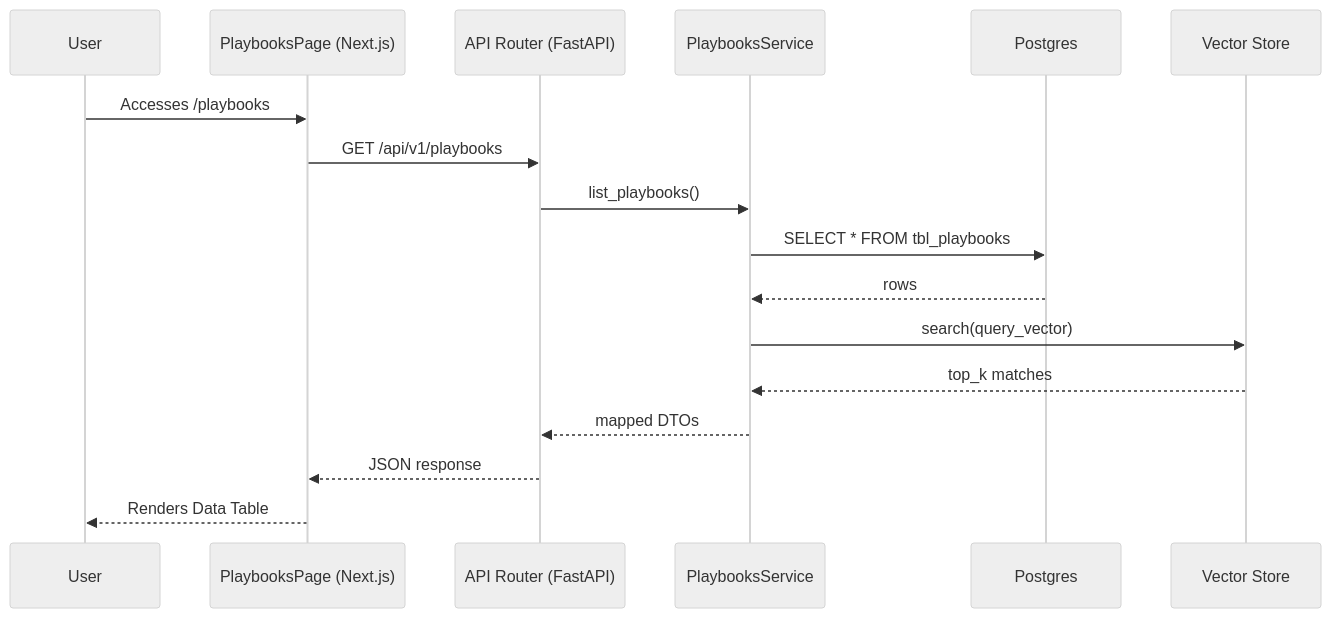
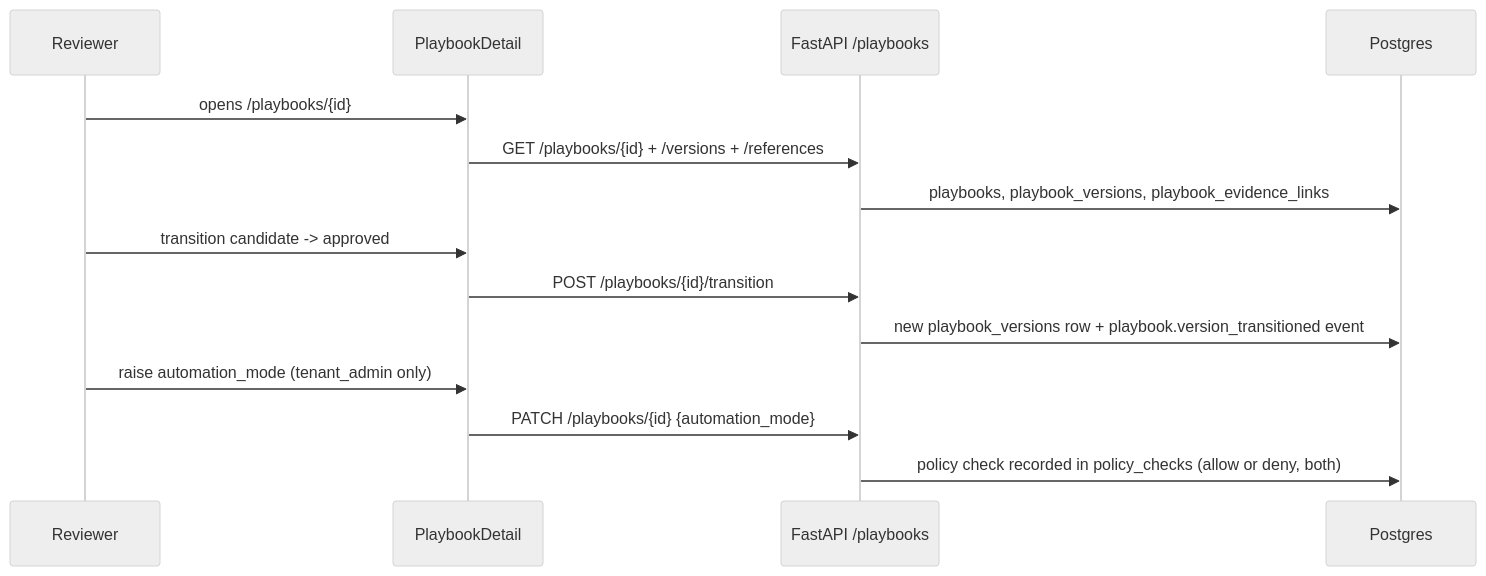
Before and after one commit to Valuedx/ContextEdge: the eighth of 26 diagrams in docs/11_UI_Tabs_Explanation.md, drawn with Mermaid (neutral theme). The commit also changed other lines of this file and 48 other files, not shown here.

````diff
--- a/docs/11_UI_Tabs_Explanation.md
+++ b/docs/11_UI_Tabs_Explanation.md
@@ -667,20 +846,17 @@
 ```mermaid
 sequenceDiagram
-    participant User
-    participant Frontend as PlaybooksPage (Next.js)
-    participant API as API Router (FastAPI)
-    participant Service as PlaybooksService
+    participant Reviewer
+    participant Page as PlaybookDetail
+    participant API as FastAPI /playbooks
     participant DB as Postgres
-    participant Vector as Vector Store
-    
-    User->>Frontend: Accesses /playbooks
-    Frontend->>API: GET /api/v1/playbooks
-    API->>Service: list_playbooks()
-    Service->>DB: SELECT * FROM tbl_playbooks
-    DB-->>Service: rows
-    Service->>Vector: search(query_vector)
-    Vector-->>Service: top_k matches
-    Service-->>API: mapped DTOs
-    API-->>Frontend: JSON response
-    Frontend-->>User: Renders Data Table
+
+    Reviewer->>Page: opens /playbooks/{id}
+    Page->>API: GET /playbooks/{id} + /versions + /references
+    API->>DB: playbooks, playbook_versions, playbook_evidence_links
+    Reviewer->>Page: transition candidate -> approved
+    Page->>API: POST /playbooks/{id}/transition
+    API->>DB: new playbook_versions row + playbook.version_transitioned event
+    Reviewer->>Page: raise automation_mode (tenant_admin only)
+    Page->>API: PATCH /playbooks/{id} {automation_mode}
+    API->>DB: policy check recorded in policy_checks (allow or deny, both)
 ```
````
